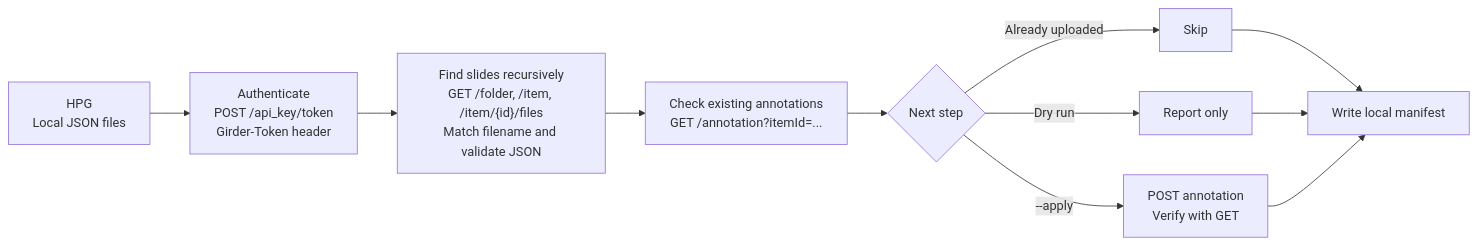
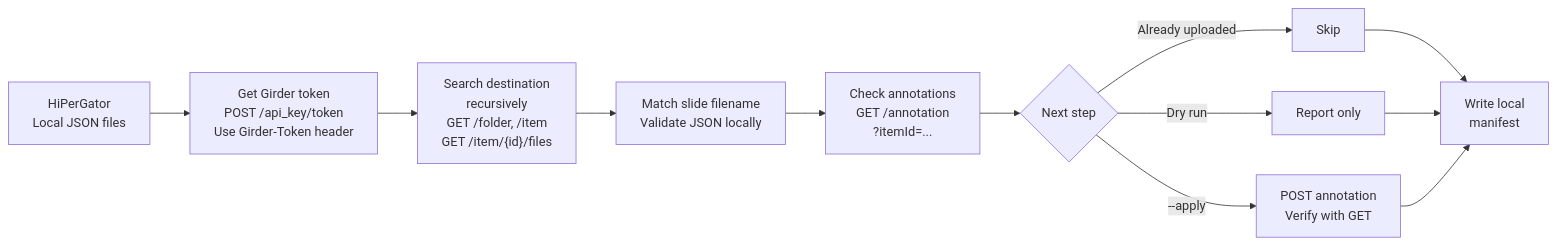
One commit to UFerminJamie/HPG-ATHENA-Transfer changed the diagram in README.md. Above: the diagram before and after it, drawn with Mermaid.

Commit message:
Update transfer flow diagram in README

````diff
--- a/README.md
+++ b/README.md
@@ -109,13 +109,14 @@
 ```mermaid
 flowchart LR
-    A["HPG<br/>Local JSON files"] --> B["Authenticate<br/>POST /api_key/token<br/>Girder-Token header"]
-    B --> C["Find slides recursively<br/>GET /folder, /item, /item/{id}/files<br/>Match filename and validate JSON"]
-    C --> D["Check existing annotations<br/>GET /annotation?itemId=..."]
-    D --> E{"Next step"}
-    E -->|"Already uploaded"| F["Skip"]
-    E -->|"Dry run"| G["Report only"]
-    E -->|"--apply"| H["POST annotation<br/>Verify with GET"]
-    F --> I["Write local manifest"]
-    G --> I
-    H --> I
+    A["HiPerGator<br/>Local JSON files"] --> B["Get Girder token<br/>POST /api_key/token<br/>Use Girder-Token header"]
+    B --> C["Search destination<br/>recursively<br/>GET /folder, /item<br/>GET /item/{id}/files"]
+    C --> D["Match slide filename<br/>Validate JSON locally"]
+    D --> E["Check annotations<br/>GET /annotation<br/>?itemId=..."]
+    E --> F{"Next step"}
+    F -->|"Already uploaded"| G["Skip"]
+    F -->|"Dry run"| H["Report only"]
+    F -->|"--apply"| I["POST annotation<br/>Verify with GET"]
+    G --> J["Write local<br/>manifest"]
+    H --> J
+    I --> J
 ```
````
